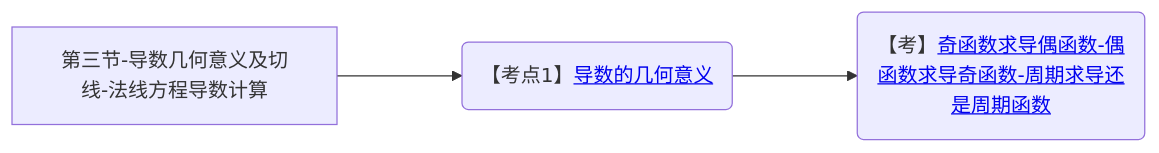
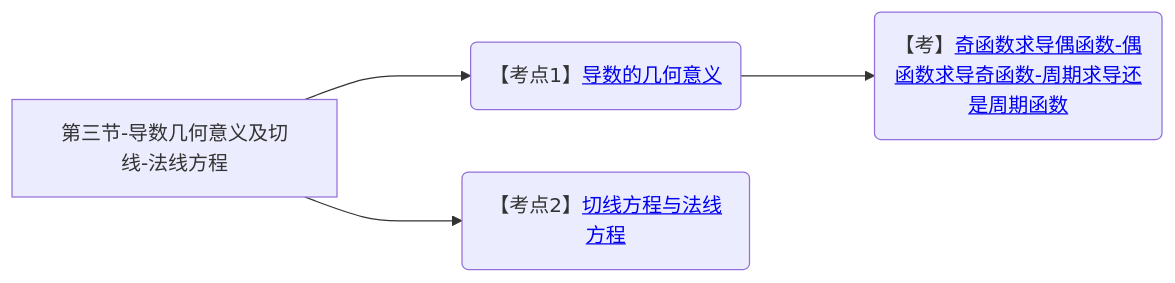
Diagram 13 of 13 in 笔记/数学/周洋鑫/01.基础班思维导图.md (yuebinghui/note), drawn with Mermaid before and after one commit. The commit also changed other lines of this file and 7 other files, not shown here.

````diff
--- a/笔记/数学/周洋鑫/01.基础班思维导图.md
+++ b/笔记/数学/周洋鑫/01.基础班思维导图.md
@@ -498,7 +498,9 @@
 ```mermaid
 graph LR
-第三节-导数几何意义及切线-法线方程导数计算
+第三节-导数几何意义及切线-法线方程
 
-第三节-导数几何意义及切线-法线方程导数计算--->导数的几何意义(【考点1】<a href="/Users/yuebinghui/Documents/program/github/note/笔记/数学/周洋鑫/基础班/14.导数的几何意义与微分定义.md#导数的几何意义">导数的几何意义</>)
+第三节-导数几何意义及切线-法线方程--->导数的几何意义(【考点1】<a href="/Users/yuebinghui/Documents/program/github/note/笔记/数学/周洋鑫/基础班/14.导数的几何意义与微分定义.md#导数的几何意义">导数的几何意义</>)
 导数的几何意义--->奇函数求导偶函数-偶函数求导奇函数-周期求导还是周期函数(【考】<a href="/Users/yuebinghui/Documents/program/github/note/笔记/数学/周洋鑫/基础班/14.导数的几何意义与微分定义.md#奇函数求导偶函数-偶函数求导奇函数-周期求导还是周期函数">奇函数求导偶函数-偶函数求导奇函数-周期求导还是周期函数</>)
+
+第三节-导数几何意义及切线-法线方程--->切线方程与法线方程(【考点2】<a href="/Users/yuebinghui/Documents/program/github/note/笔记/数学/周洋鑫/基础班/14.导数的几何意义与微分定义.md#切线方程与法线方程">切线方程与法线方程</>)
 ```
````
